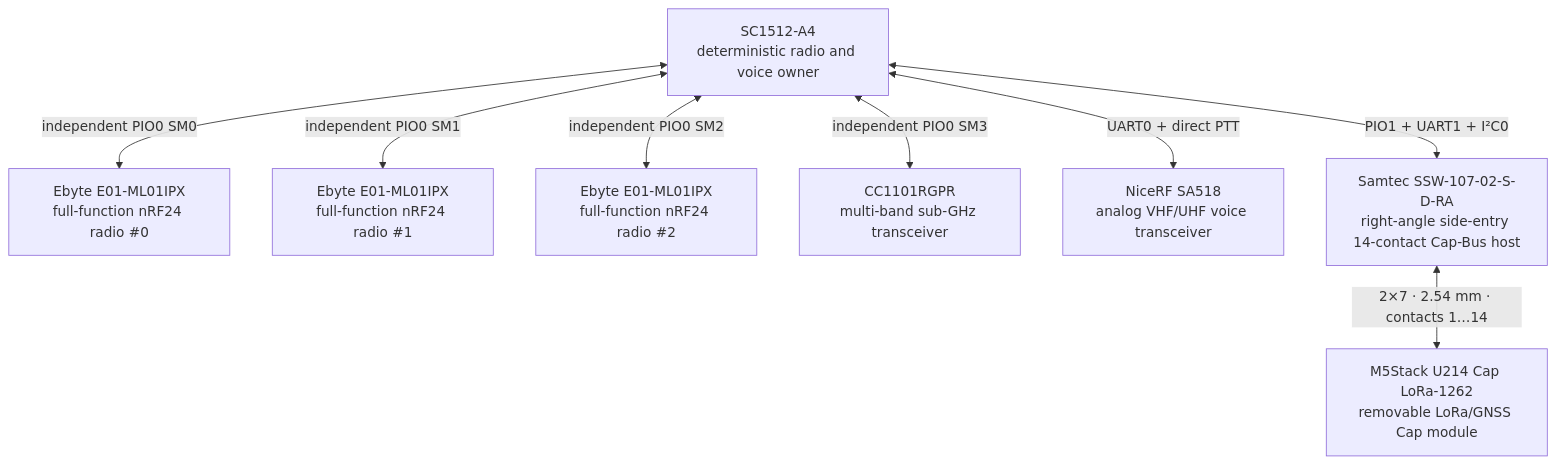
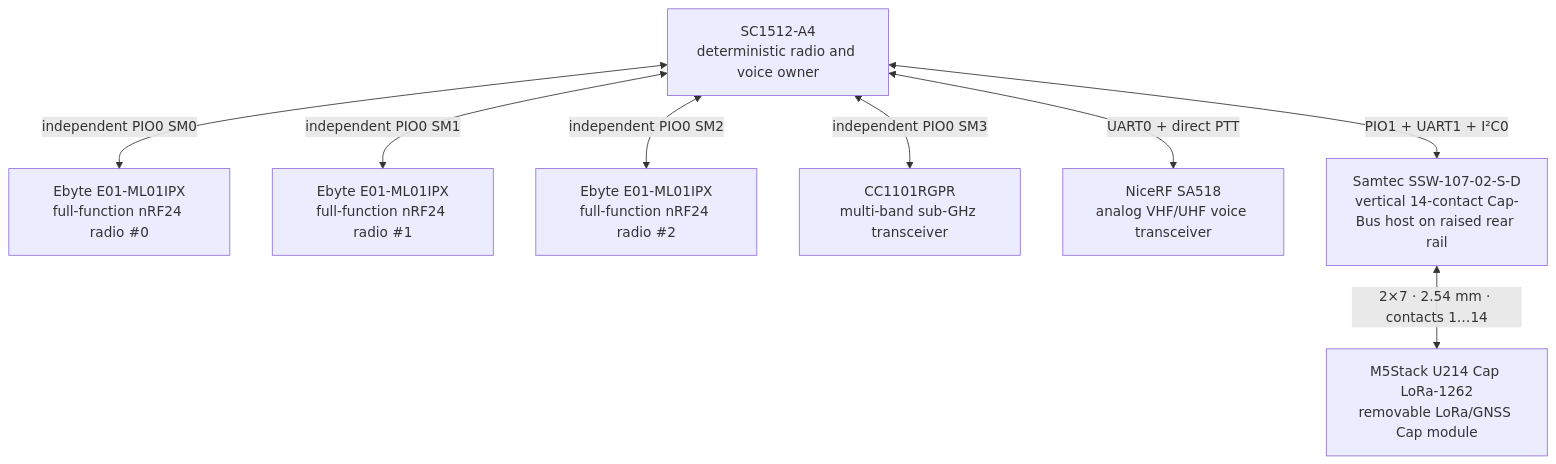
One commit to anton-vinogradov/esp32-leshy2 changed the fourth of 10 diagrams in README.md. Above: the diagram before and after it, drawn with Mermaid. The commit also changed other lines of this file and 21 other files, not shown here.

````diff
--- a/README.md
+++ b/README.md
@@ -112,18 +119,18 @@
 ```mermaid
 flowchart TD
 RP["SC1512-A4<br/>deterministic radio and voice owner"]
 NRF0["Ebyte E01-ML01IPX<br/>full-function nRF24 radio #0"]
 NRF1["Ebyte E01-ML01IPX<br/>full-function nRF24 radio #1"]
 NRF2["Ebyte E01-ML01IPX<br/>full-function nRF24 radio #2"]
 CC["CC1101RGPR<br/>multi-band sub-GHz transceiver"]
 VOICE["NiceRF SA518<br/>analog VHF/UHF voice transceiver"]
-U214_CONNECTOR["Samtec SSW-107-02-S-D-RA<br/>right-angle side-entry 14-contact Cap-Bus host"]
+U214_CONNECTOR["Samtec SSW-107-02-S-D<br/>vertical 14-contact Cap-Bus host on raised rear rail"]
 U214["M5Stack U214 Cap LoRa-1262<br/>removable LoRa/GNSS Cap module"]
   RP <-->|"independent PIO0 SM0"| NRF0
   RP <-->|"independent PIO0 SM1"| NRF1
   RP <-->|"independent PIO0 SM2"| NRF2
   RP <-->|"independent PIO0 SM3"| CC
   RP <-->|"UART0 + direct PTT"| VOICE
   RP <-->|"PIO1 + UART1 + I²C0"| U214_CONNECTOR
   U214_CONNECTOR <-->|"2×7 · 2.54 mm · contacts 1…14"| U214
 ```
````
